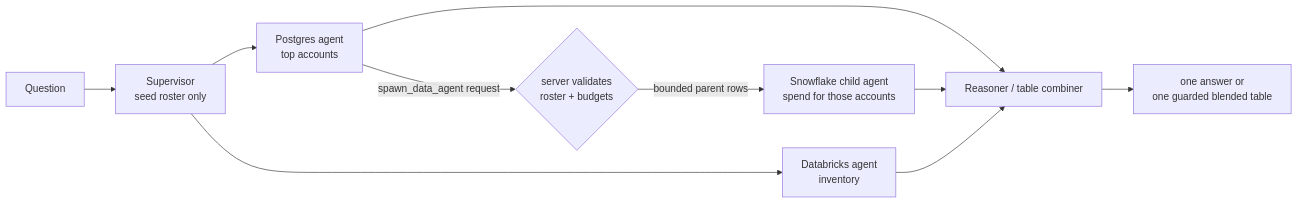
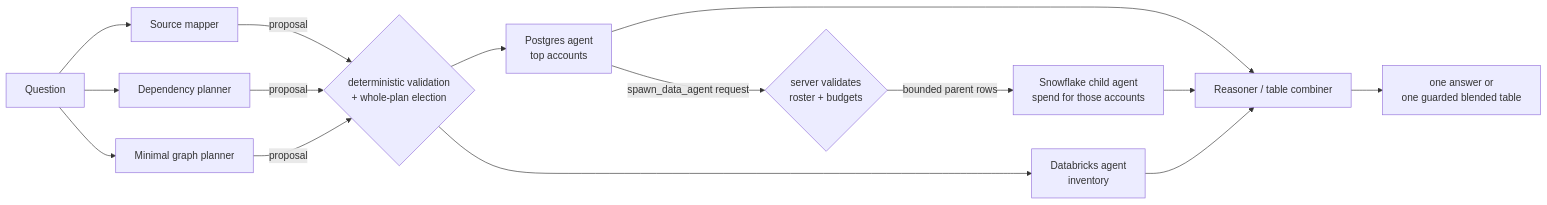
The fourth of 12 diagrams in README.md (rohitkarumanchi745/studio), drawn with Mermaid before and after one commit. The commit also changed other lines of this file and 6 other files, not shown here.

Commit message:
Let independent agents form governed runtime graphs

````diff
--- a/README.md
+++ b/README.md
@@ -457,12 +479,17 @@
 ```mermaid
 flowchart LR
-    q["Question"] --> plan["Supervisor<br/>seed roster only"]
+    q["Question"] --> p1["Source mapper"]
+    q --> p2["Dependency planner"]
+    q --> p3["Minimal graph planner"]
+    p1 -->|"proposal"| plan{"deterministic validation<br/>+ whole-plan election"}
+    p2 -->|"proposal"| plan
+    p3 -->|"proposal"| plan
     plan --> w1["Postgres agent<br/>top accounts"]
     w1 -->|"spawn_data_agent request"| gate{"server validates<br/>roster + budgets"}
     gate -->|"bounded parent rows"| w2["Snowflake child agent<br/>spend for those accounts"]
     plan --> w3["Databricks agent<br/>inventory"]
     w1 --> agg["Reasoner / table combiner"]
     w2 --> agg
     w3 --> agg
     agg --> ans["one answer or<br/>one guarded blended table"]
 ```
````
